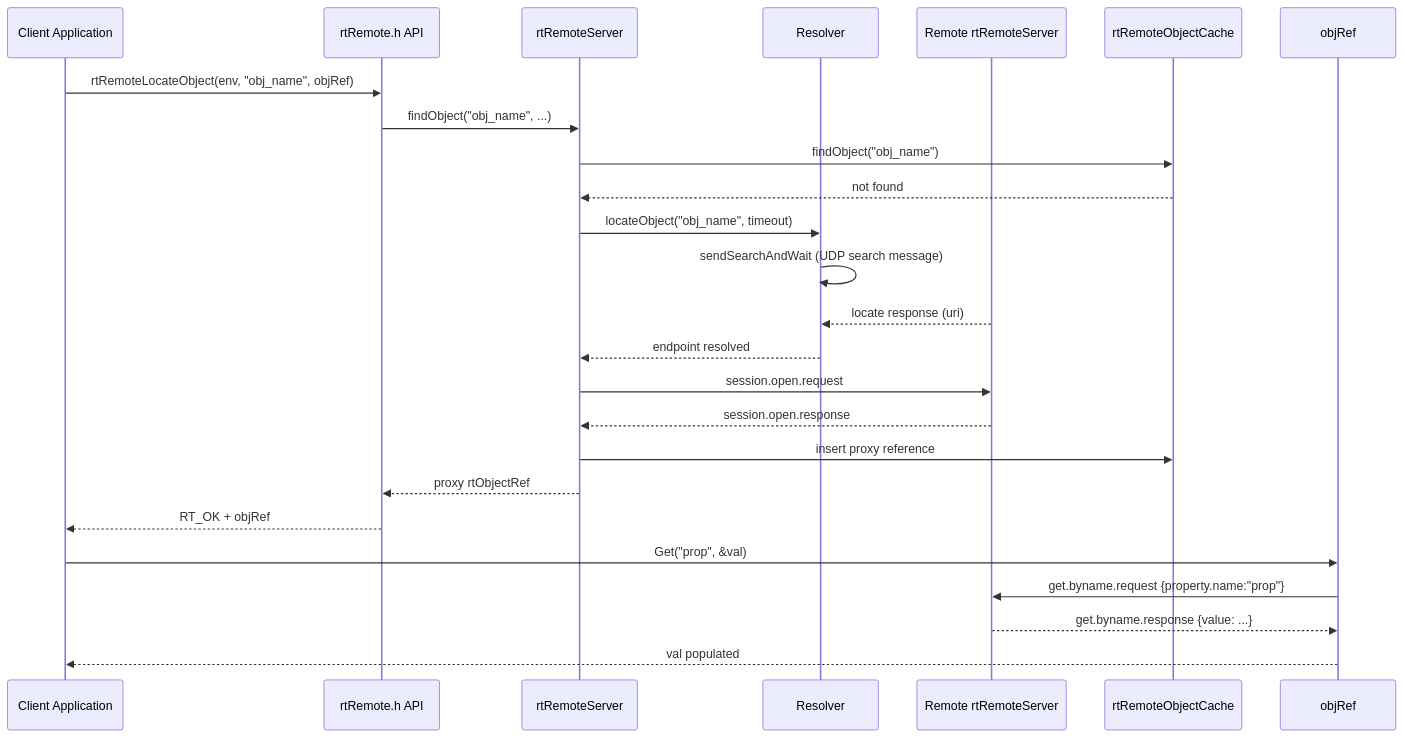
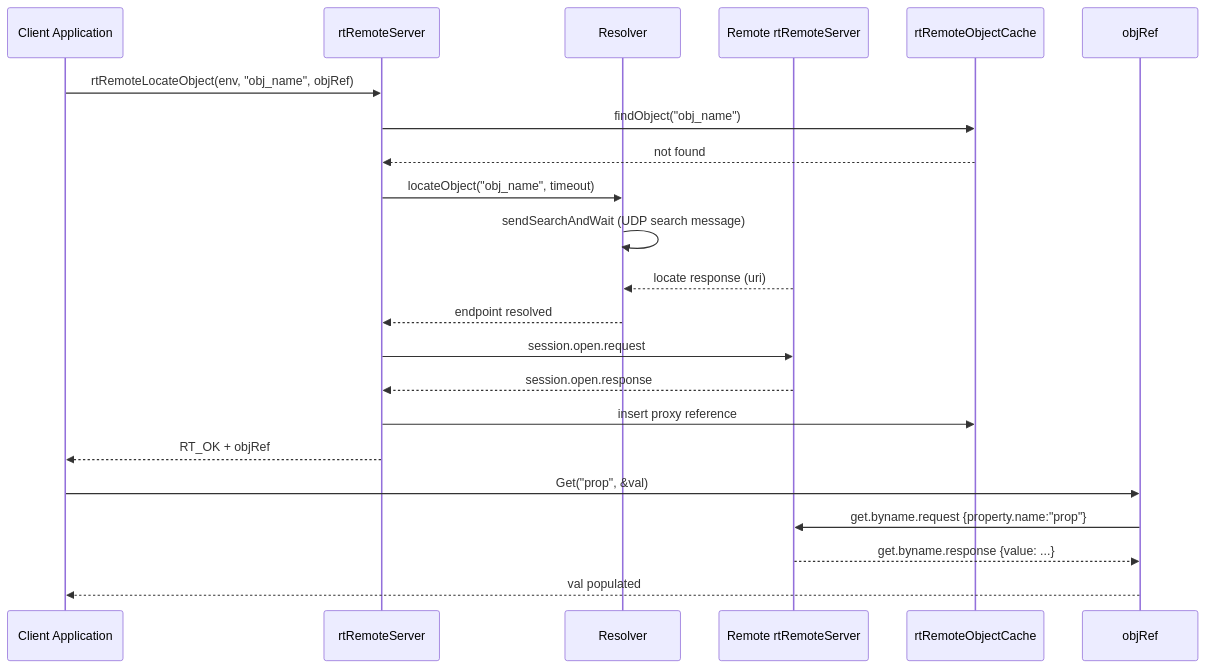
The sixth of 8 diagrams in docs/docu/RDKV-Documentations/rtremote.md (rns21/RDK_Documentation), drawn with Mermaid before and after one commit. The commit also changed other lines of this file, not shown here.

````diff
--- a/docs/docu/RDKV-Documentations/rtremote.md
+++ b/docs/docu/RDKV-Documentations/rtremote.md
@@ -239,28 +233,25 @@
 ```mermaid
 sequenceDiagram
     participant ClientApp as Client Application
-    participant API as rtRemote.h API
     participant Srv as rtRemoteServer
     participant Res as Resolver
     participant RemoteSrv as Remote rtRemoteServer
     participant Cache as rtRemoteObjectCache
 
-    ClientApp->>API: rtRemoteLocateObject(env, "obj_name", objRef)
-    API->>Srv: findObject("obj_name", ...)
+    ClientApp->>Srv: rtRemoteLocateObject(env, "obj_name", objRef)
     Srv->>Cache: findObject("obj_name")
     Cache-->>Srv: not found
     Srv->>Res: locateObject("obj_name", timeout)
     Res->>Res: sendSearchAndWait (UDP search message)
     RemoteSrv-->>Res: locate response (uri)
     Res-->>Srv: endpoint resolved
     Srv->>RemoteSrv: session.open.request
     RemoteSrv-->>Srv: session.open.response
     Srv->>Cache: insert proxy reference
-    Srv-->>API: proxy rtObjectRef
-    API-->>ClientApp: RT_OK + objRef
+    Srv-->>ClientApp: RT_OK + objRef
 
     ClientApp->>objRef: Get("prop", &val)
     objRef->>RemoteSrv: get.byname.request {property.name:"prop"}
     RemoteSrv-->>objRef: get.byname.response {value: ...}
     objRef-->>ClientApp: val populated
 ```
````
